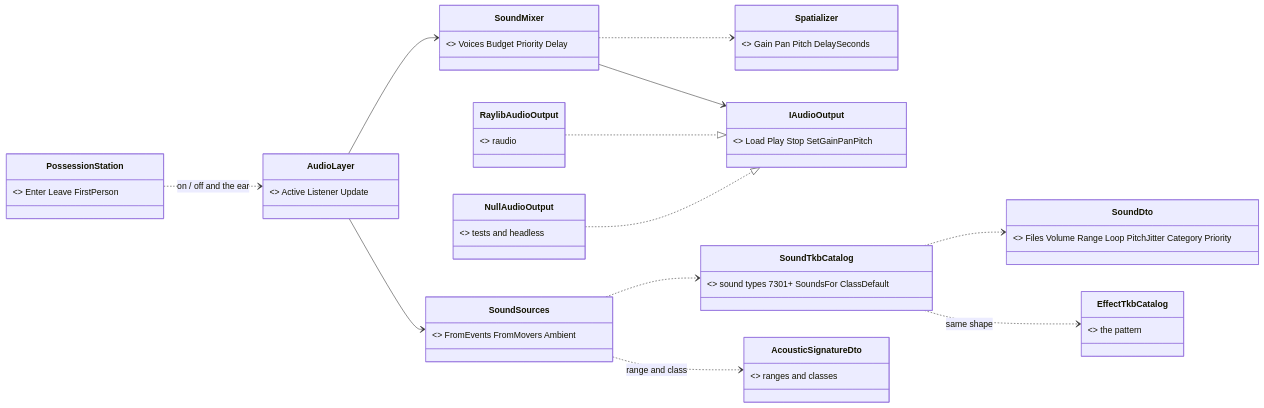
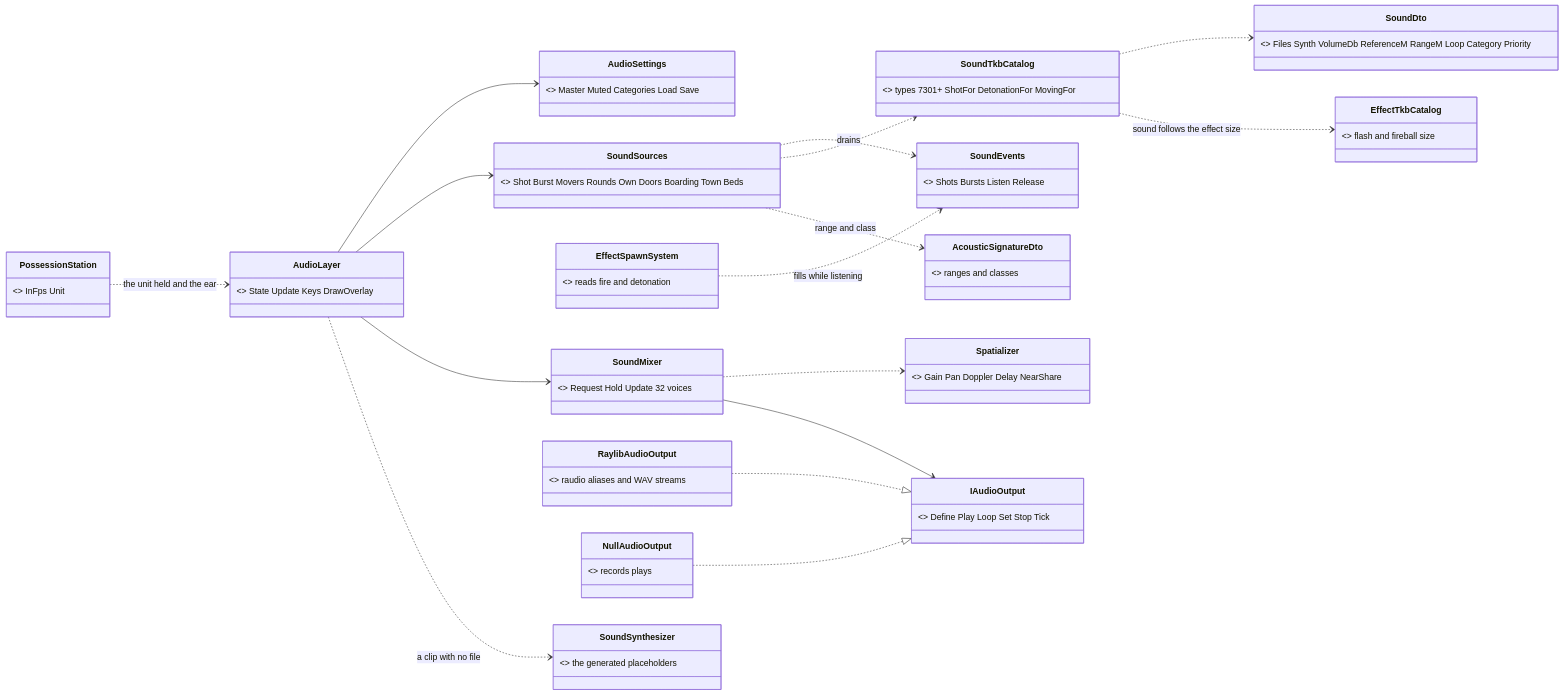
Before and after one commit to pjanec/HROT: the first of 4 diagrams in docs/designs/audio/DESIGN_FPS_Audio.md, drawn with Mermaid. The commit also changed other lines of this file and 2 other files, not shown here.

First line of the commit message:
CE-1120 as built: the audio design's diagrams follow the build, §8 lists D1-D10; tracker row and resume doc

````diff
--- a/docs/designs/audio/DESIGN_FPS_Audio.md
+++ b/docs/designs/audio/DESIGN_FPS_Audio.md
@@ -46,27 +46,35 @@
 ```mermaid
 classDiagram
     direction LR
-    class PossessionStation { <<existing>> Enter Leave FirstPerson }
-    class AudioLayer { <<NEW IMapLayer>> Active Listener Update }
-    class SoundSources { <<NEW>> FromEvents FromMovers Ambient }
-    class SoundMixer { <<NEW>> Voices Budget Priority Delay }
-    class Spatializer { <<NEW pure>> Gain Pan Pitch DelaySeconds }
-    class IAudioOutput { <<NEW seam>> Load Play Stop SetGainPanPitch }
-    class RaylibAudioOutput { <<NEW>> raudio }
-    class NullAudioOutput { <<NEW>> tests and headless }
-    class SoundTkbCatalog { <<NEW Hrot.Core>> sound types 7301+ SoundsFor ClassDefault }
-    class SoundDto { <<NEW TKB descriptor>> Files Volume Range Loop PitchJitter Category Priority }
+    class PossessionStation { <<existing>> InFps Unit }
+    class AudioLayer { <<NEW IMapLayer>> State Update Keys DrawOverlay }
+    class AudioSettings { <<NEW>> Master Muted Categories Load Save }
+    class SoundSources { <<NEW>> Shot Burst Movers Rounds Own Doors Boarding Town Beds }
+    class SoundEvents { <<NEW per world>> Shots Bursts Listen Release }
+    class EffectSpawnSystem { <<existing>> reads fire and detonation }
+    class SoundMixer { <<NEW>> Request Hold Update 32 voices }
+    class Spatializer { <<NEW pure>> Gain Pan Doppler Delay NearShare }
+    class IAudioOutput { <<NEW seam>> Define Play Loop Set Stop Tick }
+    class RaylibAudioOutput { <<NEW>> raudio aliases and WAV streams }
+    class NullAudioOutput { <<NEW>> records plays }
+    class SoundSynthesizer { <<NEW>> the generated placeholders }
+    class SoundTkbCatalog { <<NEW Hrot.Core>> types 7301+ ShotFor DetonationFor MovingFor }
+    class SoundDto { <<NEW TKB descriptor>> Files Synth VolumeDb ReferenceM RangeM Loop Category Priority }
     class AcousticSignatureDto { <<existing>> ranges and classes }
-    class EffectTkbCatalog { <<existing>> the pattern }
-    PossessionStation ..> AudioLayer : on / off and the ear
+    class EffectTkbCatalog { <<existing>> flash and fireball size }
+    PossessionStation ..> AudioLayer : the unit held and the ear
+    AudioLayer --> AudioSettings
     AudioLayer --> SoundSources
     AudioLayer --> SoundMixer
+    AudioLayer ..> SoundSynthesizer : a clip with no file
+    EffectSpawnSystem ..> SoundEvents : fills while listening
+    SoundSources ..> SoundEvents : drains
     SoundMixer ..> Spatializer
     SoundMixer --> IAudioOutput
     RaylibAudioOutput ..|> IAudioOutput
     NullAudioOutput ..|> IAudioOutput
     SoundSources ..> SoundTkbCatalog
     SoundTkbCatalog ..> SoundDto
     SoundSources ..> AcousticSignatureDto : range and class
-    SoundTkbCatalog ..> EffectTkbCatalog : same shape
+    SoundTkbCatalog ..> EffectTkbCatalog : sound follows the effect size
 ```
````
